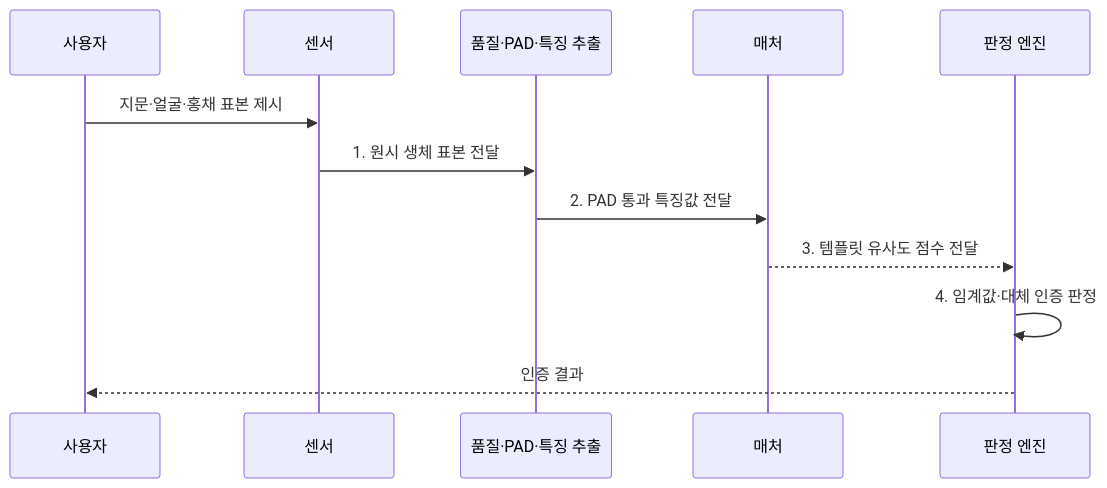
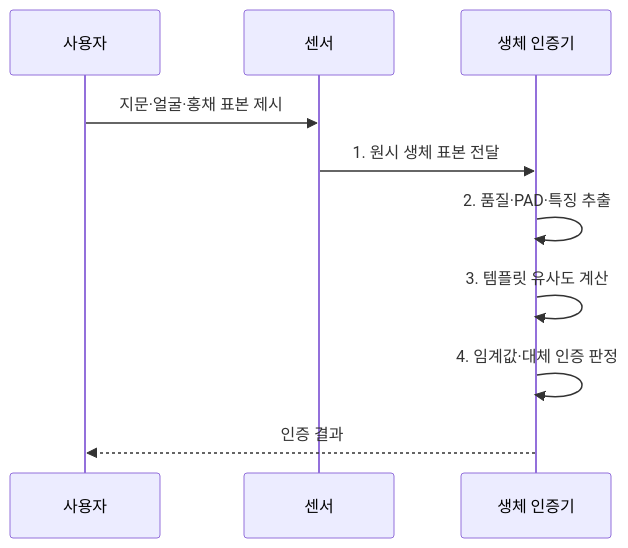
The second of 2 diagrams in src/content/docs/notes/05-security/070_biometric.md (agnusdei1207/knowledge-base), drawn with Mermaid before and after one commit. The commit also changed other lines of this file and 8 other files, not shown here.

Commit message:
Consolidate access control sequence roles

````diff
--- a/src/content/docs/notes/05-security/070_biometric.md
+++ b/src/content/docs/notes/05-security/070_biometric.md
@@ -99,14 +99,12 @@
 ```mermaid
 sequenceDiagram
     participant U as 사용자
     participant S as 센서
-    participant P as 품질·PAD·특징 추출
-    participant M as 매처
-    participant A as 판정 엔진
+    participant A as 생체 인증기
     U->>S: 지문·얼굴·홍채 표본 제시
-    S->>P: 1. 원시 생체 표본 전달
-    P->>M: 2. PAD 통과 특징값 전달
-    M-->>A: 3. 템플릿 유사도 점수 전달
+    S->>A: 1. 원시 생체 표본 전달
+    A->>A: 2. 품질·PAD·특징 추출
+    A->>A: 3. 템플릿 유사도 계산
     A->>A: 4. 임계값·대체 인증 판정
     A-->>U: 인증 결과
 ```
````
